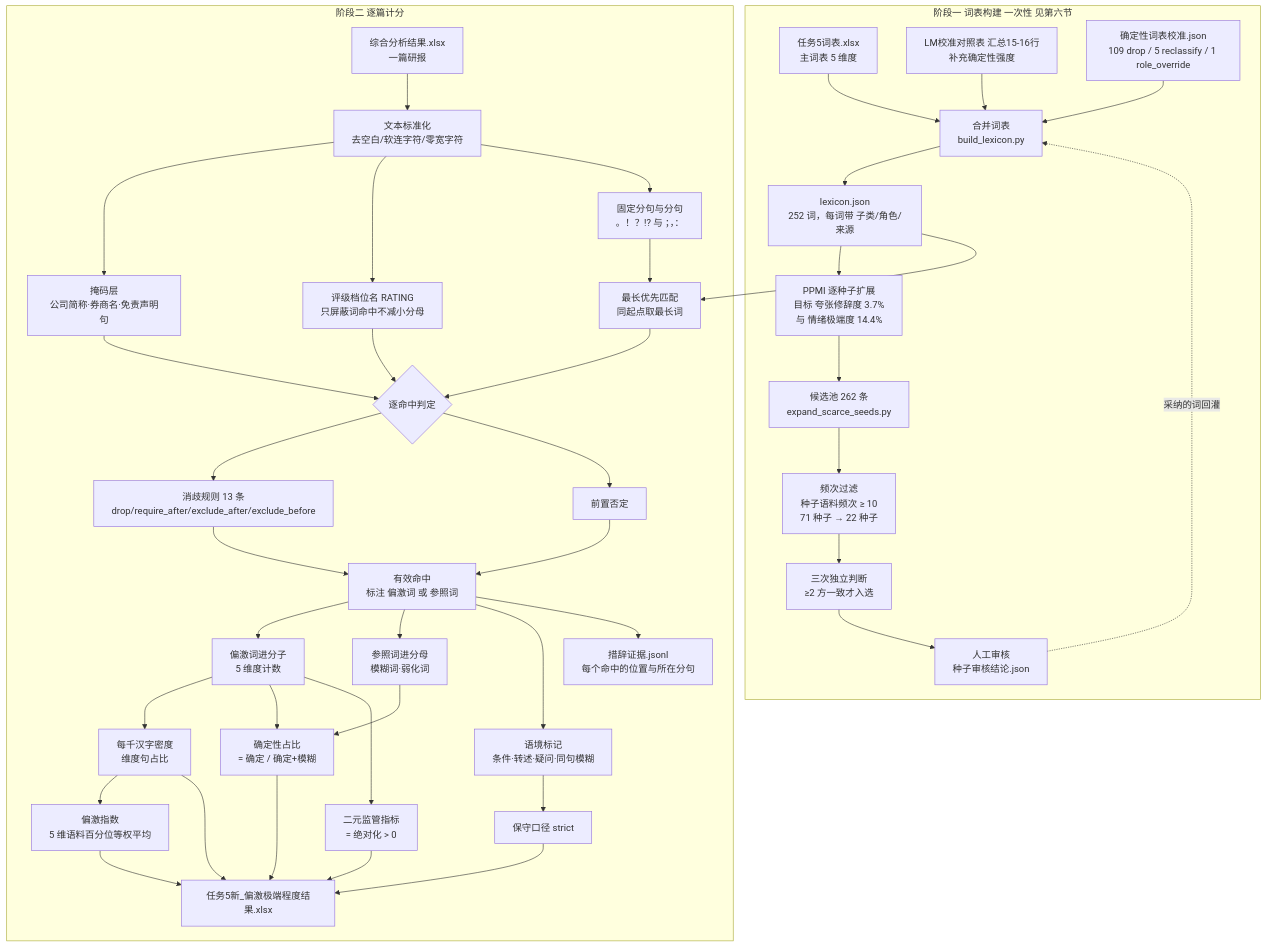
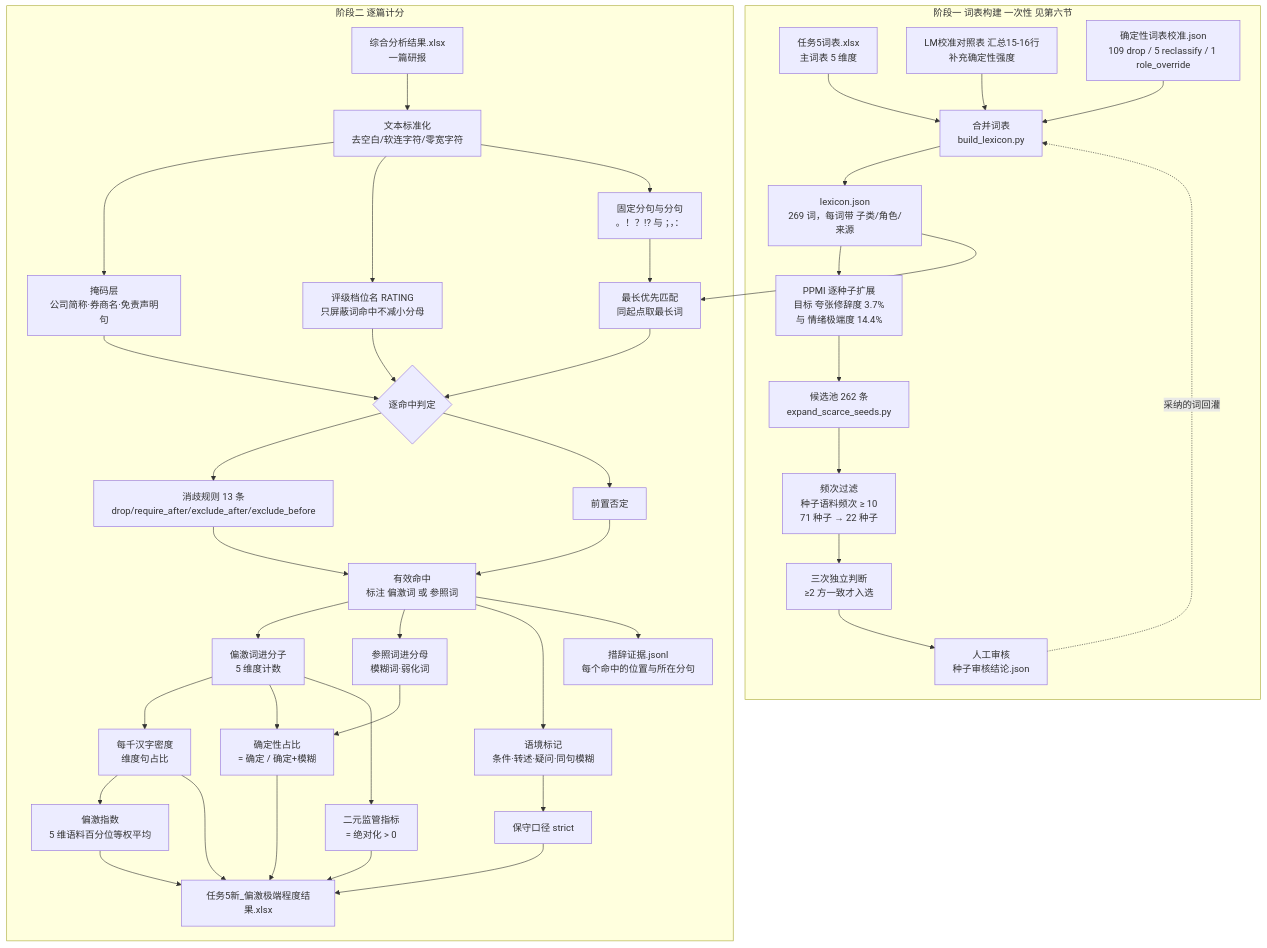
The diagram in 任务5（新）/README.md (lyh122500/yanbao-text-analysis), drawn with Mermaid before and after one commit. The commit also changed other lines of this file and 11 other files, not shown here.

````diff
--- a/任务5（新）/README.md
+++ b/任务5（新）/README.md
@@ -87,47 +87,47 @@
 ```mermaid
 flowchart TD
     subgraph S1[阶段一 词表构建 一次性 见第六节]
         A[任务5词表.xlsx<br/>主词表 5 维度] --> M[合并词表<br/>build_lexicon.py]
         B[LM校准对照表 汇总15-16行<br/>补充确定性强度] --> M
         C[确定性词表校准.json<br/>109 drop / 5 reclassify / 1 role_override] --> M
-        M --> D[lexicon.json<br/>252 词，每词带 子类/角色/来源]
+        M --> D[lexicon.json<br/>269 词，每词带 子类/角色/来源]
         D --> P0[PPMI 逐种子扩展<br/>目标 夸张修辞度 3.7%<br/>与 情绪极端度 14.4%]
         P0 --> P1[候选池 262 条<br/>expand_scarce_seeds.py]
         P1 --> P2[频次过滤<br/>种子语料频次 ≥ 10<br/>71 种子 → 22 种子]
         P2 --> P3[三次独立判断<br/>≥2 方一致才入选]
         P3 --> P4[人工审核<br/>种子审核结论.json]
         P4 -. 采纳的词回灌 .-> M
     end
 
     subgraph S2[阶段二 逐篇计分]
         G[综合分析结果.xlsx<br/>一篇研报] --> H[文本标准化<br/>去空白/软连字符/零宽字符]
         H --> I[掩码层<br/>公司简称·券商名·免责声明句]
         H --> R[评级档位名 RATING<br/>只屏蔽词命中不减小分母]
         H --> J[固定分句与分句<br/>。！？!? 与 ；，：]
         D --> K[最长优先匹配<br/>同起点取最长词]
         J --> K
         R --> L{逐命中判定}
         K --> L
         I --> L
         L --> N[消歧规则 13 条<br/>drop/require_after/exclude_after/exclude_before]
         L --> O[前置否定]
         N --> P[有效命中<br/>标注 偏激词 或 参照词]
         O --> P
         P --> Q1[偏激词进分子<br/>5 维度计数]
         P --> Q2[参照词进分母<br/>模糊词·弱化词]
         P --> Q3[语境标记<br/>条件·转述·疑问·同句模糊]
 
         Q1 --> S[每千汉字密度<br/>维度句占比]
         Q3 --> T[保守口径 strict]
         Q2 --> U[确定性占比<br/>= 确定 / 确定+模糊]
         Q1 --> U
         S --> V[偏激指数<br/>5 维语料百分位等权平均]
         Q1 --> W[二元监管指标<br/>= 绝对化 > 0]
         S --> X[任务5新_偏激极端程度结果.xlsx]
         T --> X
         U --> X
         V --> X
         W --> X
         P --> Y[措辞证据.jsonl<br/>每个命中的位置与所在分句]
     end
 ```
````
